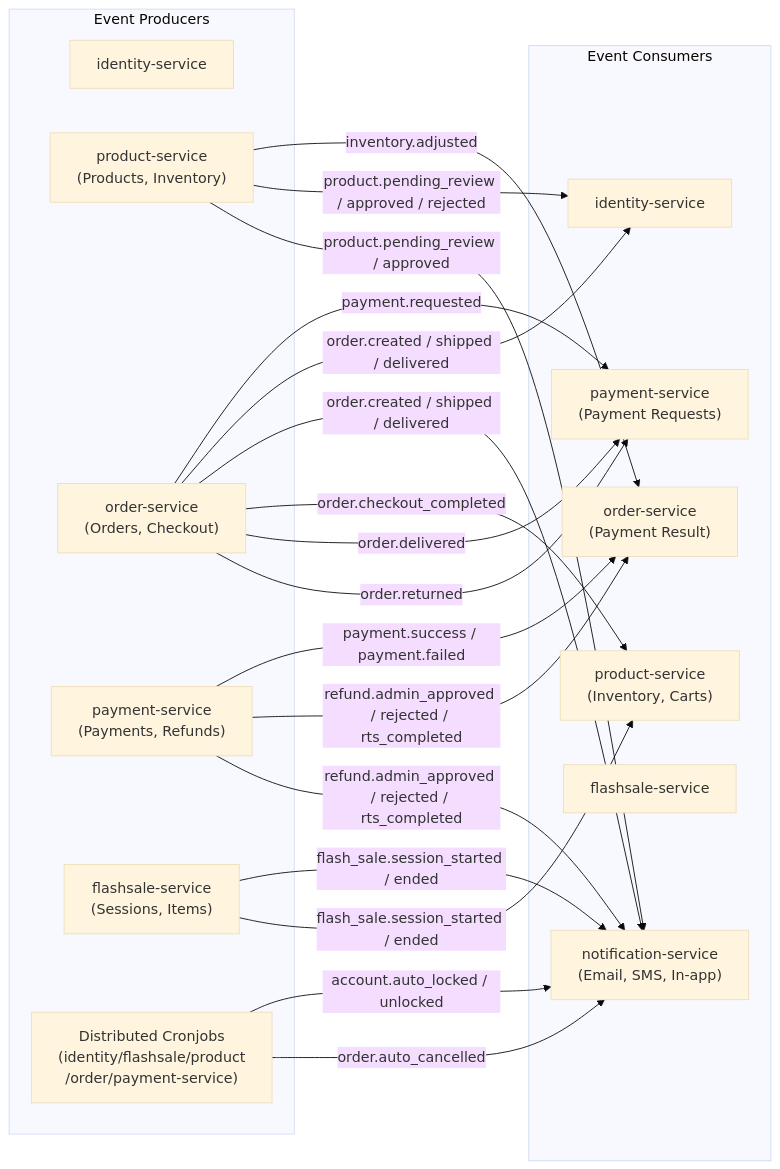
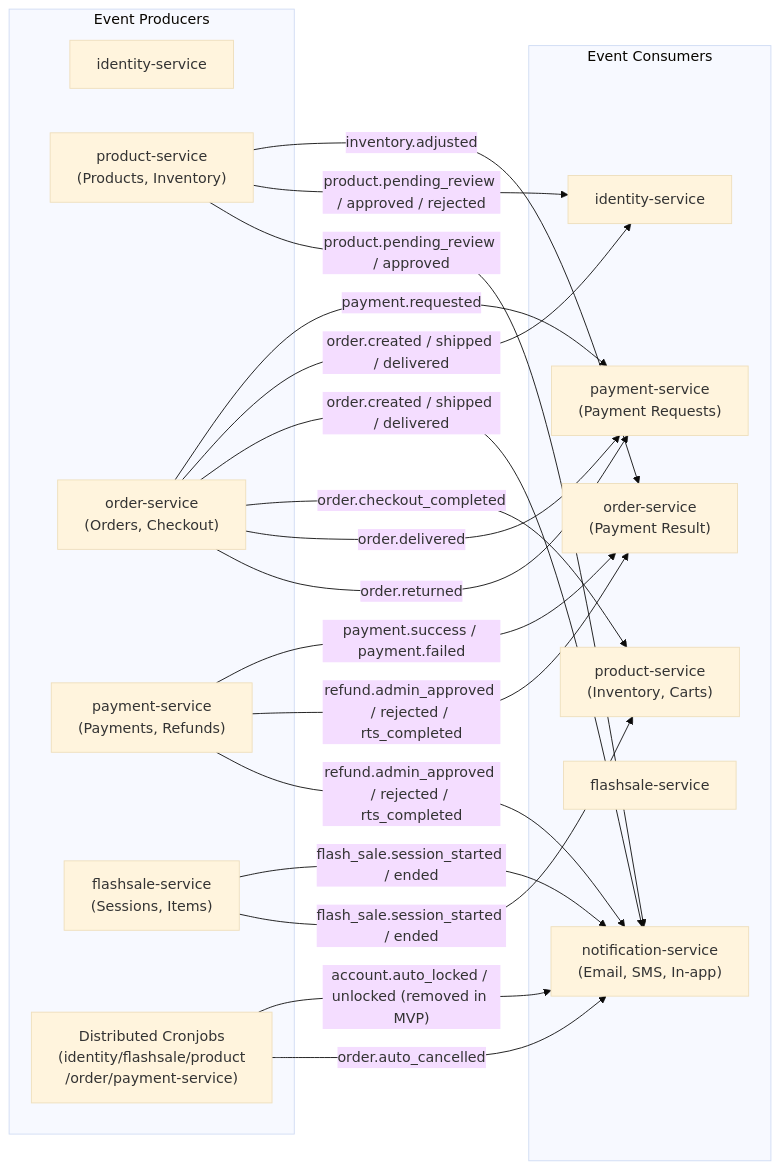
Before and after one commit to ldqanh1408/stealing-from-paradise: diagram 18 of 18 in docs/07_BUSINESS_FLOWS.md, drawn with Mermaid (base theme). The commit also changed other lines of this file and 312 other files, not shown here.

````diff
--- a/docs/07_BUSINESS_FLOWS.md
+++ b/docs/07_BUSINESS_FLOWS.md
@@ -701,37 +701,37 @@
 ```mermaid
 graph LR
     subgraph Producers["Event Producers"]
         IDT_E["identity-service"]
         PRD_E["product-service<br>(Products, Inventory)"]
         ORD_E["order-service<br>(Orders, Checkout)"]
         PAY_E["payment-service<br>(Payments, Refunds)"]
         FS_E["flashsale-service<br>(Sessions, Items)"]
         WRK_E["Distributed Cronjobs<br>(identity/flashsale/product<br>/order/payment-service)"]
     end
 
     subgraph Consumers["Event Consumers"]
         IDT_C["identity-service"]
         PRD_C["product-service<br>(Inventory, Carts)"]
         ORD_C["order-service<br>(Payment Result)"]
         PAY_C["payment-service<br>(Payment Requests)"]
         FS_C["flashsale-service<br//(Session Lifecycle)"]
         NTF_C["notification-service<br>(Email, SMS, In-app)"]
     end
 
     ORD_E -->|"payment.requested"| PAY_C
     PAY_E -->|"payment.success / payment.failed"| ORD_C
     ORD_E -->|"order.created / shipped / delivered"| IDT_C
     ORD_E -->|"order.created / shipped / delivered"| NTF_C
     ORD_E -->|"order.checkout_completed"| PRD_C
     ORD_E -->|"order.delivered"| PAY_C
     ORD_E -->|"order.returned"| PAY_C
     PRD_E -->|"inventory.adjusted"| ORD_C
     PRD_E -->|"product.pending_review / approved / rejected"| IDT_C
     PRD_E -->|"product.pending_review / approved"| NTF_C
     FS_E -->|"flash_sale.session_started / ended"| NTF_C
     FS_E -->|"flash_sale.session_started / ended"| PRD_C
     PAY_E -->|"refund.admin_approved / rejected / rts_completed"| ORD_C
     PAY_E -->|"refund.admin_approved / rejected / rts_completed"| NTF_C
-    WRK_E -->|"account.auto_locked / unlocked"| NTF_C
+    WRK_E -->|"account.auto_locked / unlocked (removed in MVP)"| NTF_C
     WRK_E -->|"order.auto_cancelled"| NTF_C
 ```
````
